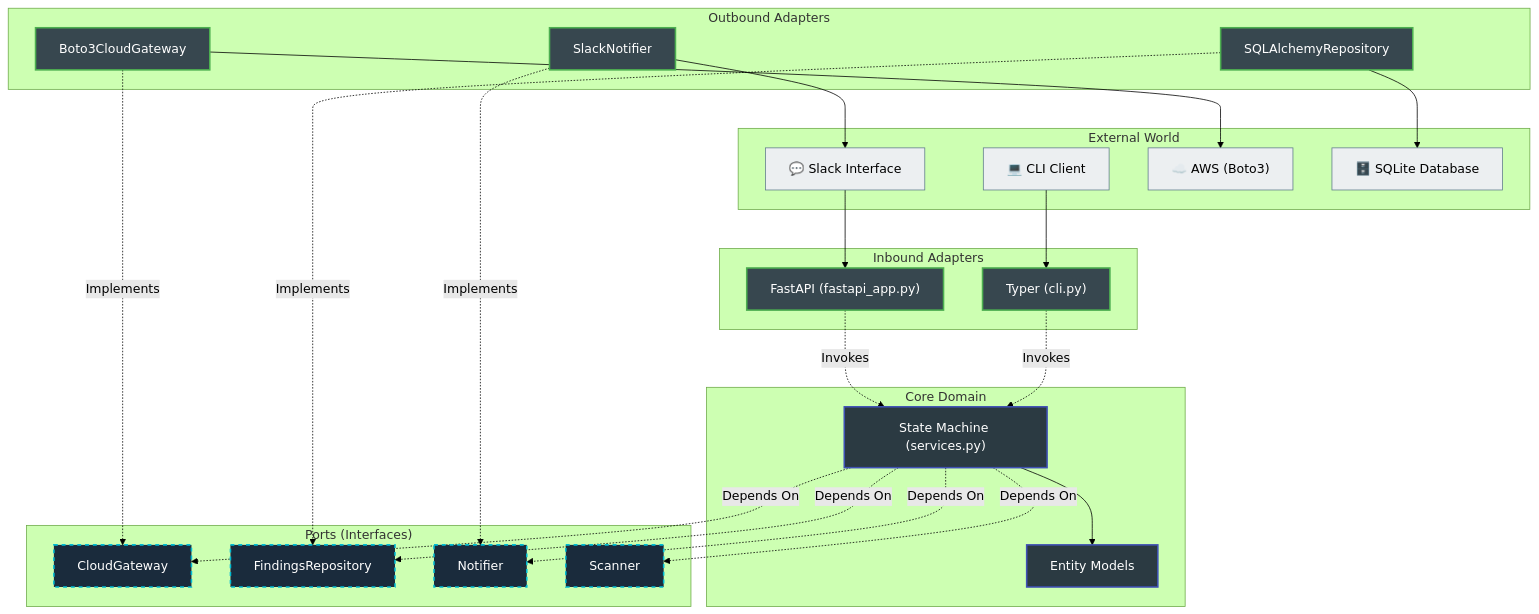
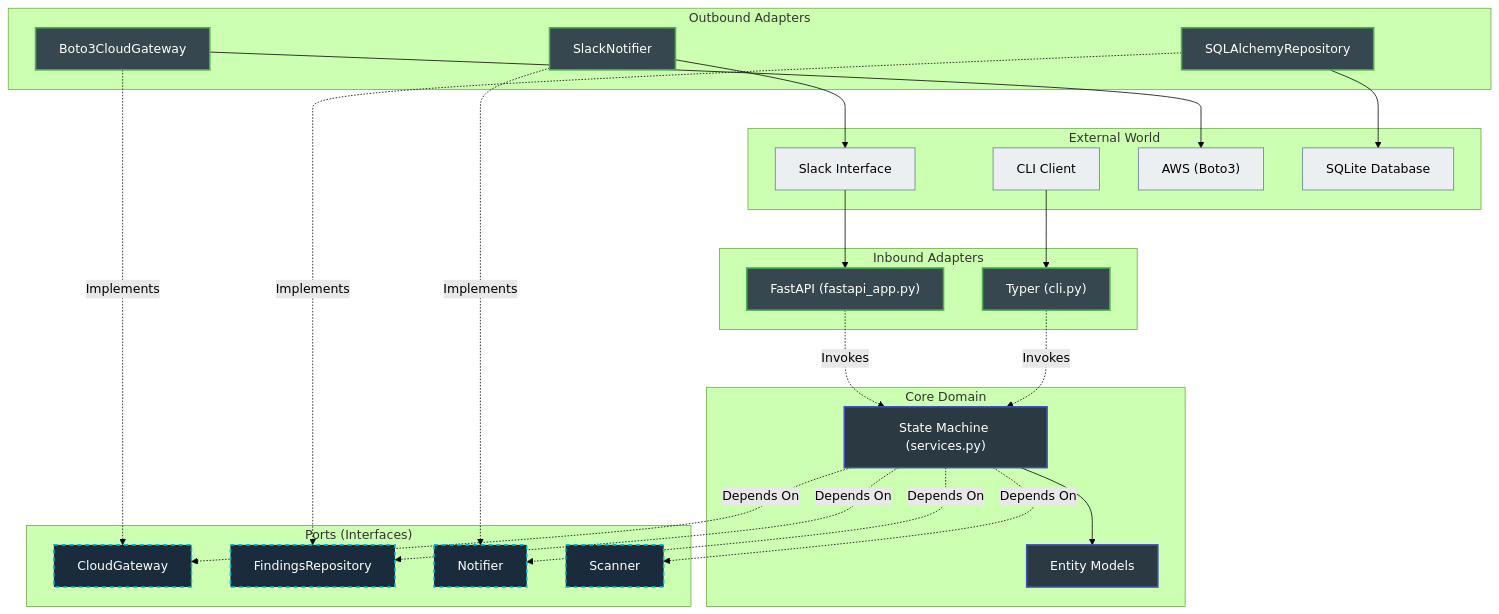
One commit to boazleleina/finops-sentinel changed the first of 2 diagrams in README.md. Above: the diagram before and after it, drawn with Mermaid (forest theme). The commit also changed other lines of this file, not shown here.

````diff
--- a/README.md
+++ b/README.md
@@ -18,61 +18,61 @@
 ```mermaid
 flowchart TD
     %% Define Styles
     classDef core fill:#2b3a42,stroke:#3f51b5,stroke-width:2px,color:#fff
     classDef port fill:#1a2b3c,stroke:#00bcd4,stroke-width:2px,color:#fff,stroke-dasharray: 5 5
     classDef adapter fill:#37474f,stroke:#4caf50,stroke-width:2px,color:#fff
     classDef external fill:#eceff1,stroke:#607d8b,stroke-width:1px,color:#000
 
     subgraph External["External World"]
-        CLI["💻 CLI Client"]:::external
-        SlackWeb["💬 Slack Interface"]:::external
-        AWS["☁️ AWS (Boto3)"]:::external
-        SQLite["🗄️ SQLite Database"]:::external
+        CLI["CLI Client"]:::external
+        SlackWeb["Slack Interface"]:::external
+        AWS["AWS (Boto3)"]:::external
+        SQLite["SQLite Database"]:::external
     end
 
     subgraph Adapters["Inbound Adapters"]
         Typer["Typer (cli.py)"]:::adapter
         FastAPI["FastAPI (fastapi_app.py)"]:::adapter
     end
 
     subgraph Ports["Ports (Interfaces)"]
         CloudGateway["CloudGateway"]:::port
         FindingsRepo["FindingsRepository"]:::port
         Notifier["Notifier"]:::port
         ScannerPort["Scanner"]:::port
     end
 
     subgraph Domain["Core Domain"]
         Models["Entity Models"]:::core
         Services["State Machine (services.py)"]:::core
     end
 
     subgraph OutboundAdapters["Outbound Adapters"]
         BotoAdapter["Boto3CloudGateway"]:::adapter
         SQLAdapter["SQLAlchemyRepository"]:::adapter
         SlackAdapter["SlackNotifier"]:::adapter
     end
 
     %% Inbound Flow
     CLI --> Typer
     SlackWeb --> FastAPI
     Typer -.->|Invokes| Services
     FastAPI -.->|Invokes| Services
 
     %% Domain Flow
     Services --> Models
     Services -.->|Depends On| CloudGateway
     Services -.->|Depends On| FindingsRepo
     Services -.->|Depends On| Notifier
     Services -.->|Depends On| ScannerPort
 
     %% Outbound Implementation
     BotoAdapter -.->|Implements| CloudGateway
     SQLAdapter -.->|Implements| FindingsRepo
     SlackAdapter -.->|Implements| Notifier
 
     %% Outbound Flow
     BotoAdapter --> AWS
     SQLAdapter --> SQLite
     SlackAdapter --> SlackWeb
 ```
````
